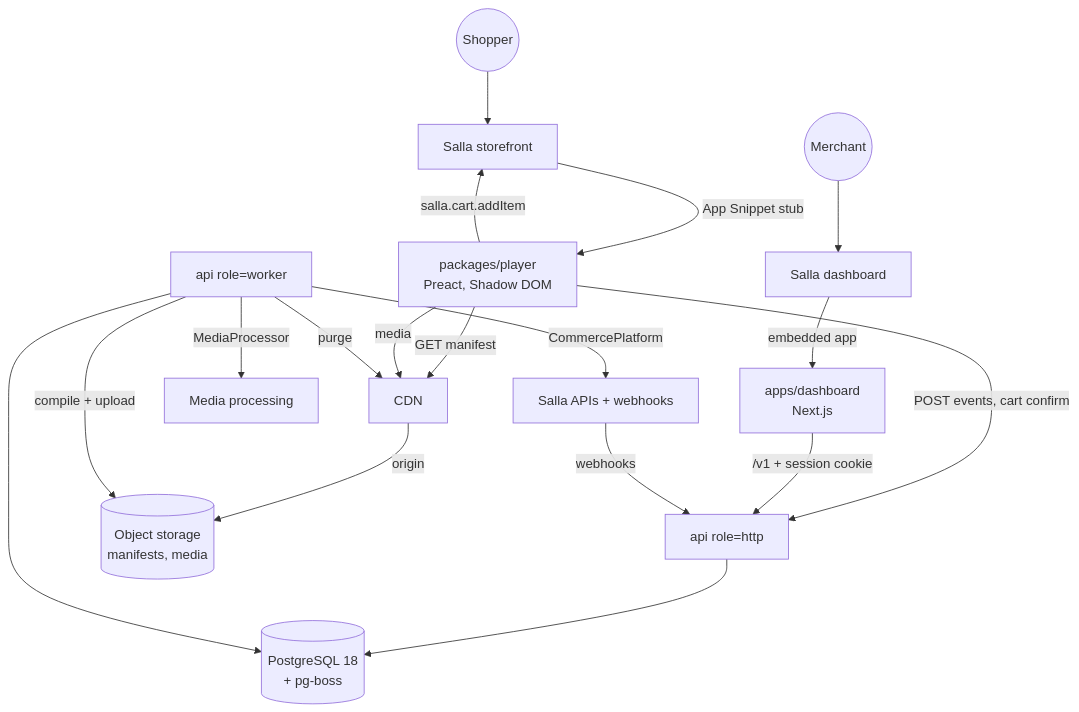
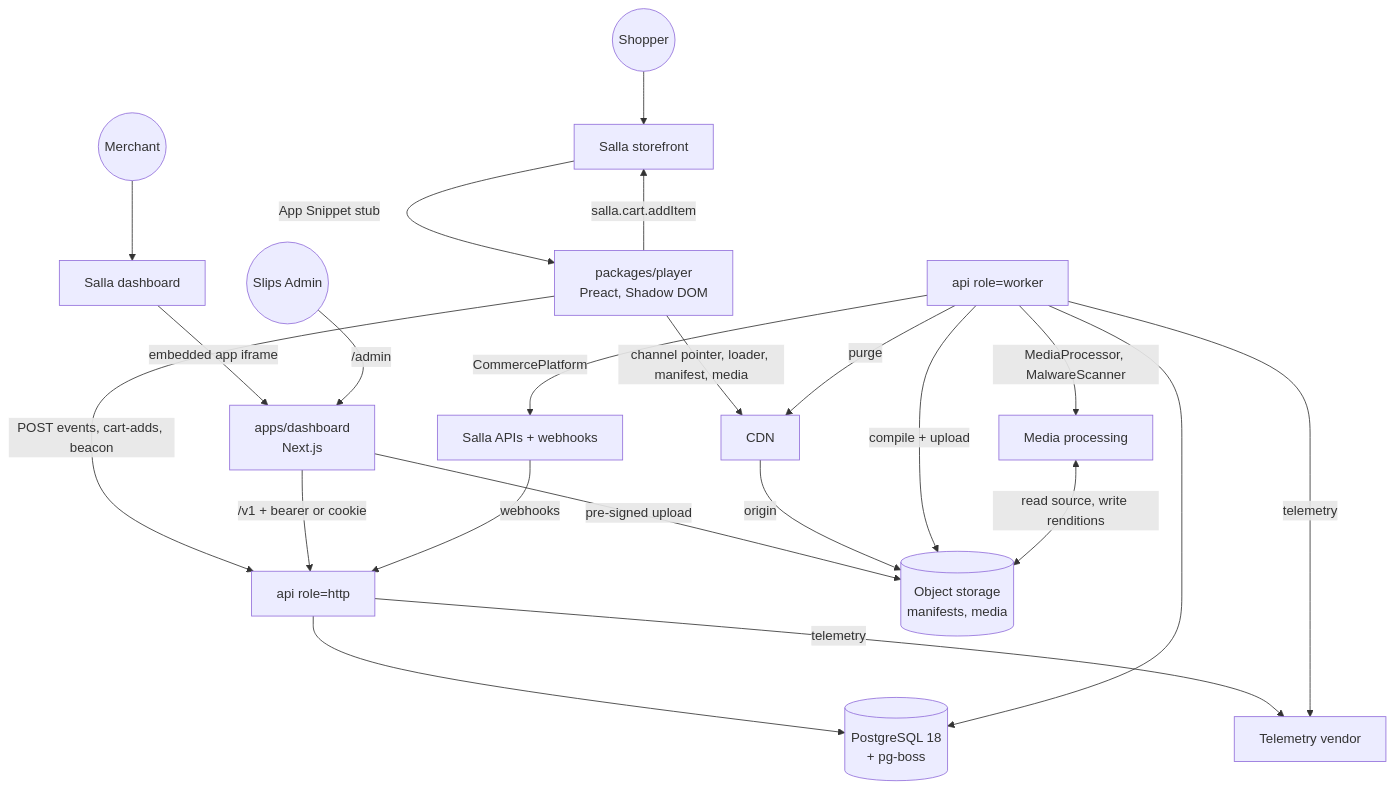
The second of 4 diagrams in _bmad-output/planning-artifacts/architecture/architecture-splice-2026-10-10/ARCHITECTURE-SPINE.md (alibad98/splice), drawn with Mermaid before and after one commit. The commit also changed other lines of this file and 3 other files, not shown here.

First line of the commit message:
Finalize architecture spine (AD-1 to AD-23) and align PRD v0.4

````diff
--- a/_bmad-output/planning-artifacts/architecture/architecture-splice-2026-10-10/ARCHITECTURE-SPINE.md
+++ b/_bmad-output/planning-artifacts/architecture/architecture-splice-2026-10-10/ARCHITECTURE-SPINE.md
@@ -256,20 +362,24 @@
 ```mermaid
 flowchart TB
   merchant((Merchant)) --> sallaDash[Salla dashboard]
-  sallaDash -->|embedded app| dash[apps/dashboard<br/>Next.js]
+  sallaDash -->|embedded app iframe| dash[apps/dashboard<br/>Next.js]
+  staff((Slips Admin)) -->|/admin| dash
   shopper((Shopper)) --> store[Salla storefront]
   store -->|App Snippet stub| player[packages/player<br/>Preact, Shadow DOM]
-  player -->|GET manifest| cdn[CDN]
-  player -->|media| cdn
-  player -->|POST events, cart confirm| http[api role=http]
+  player -->|channel pointer, loader, manifest, media| cdn[CDN]
+  player -->|POST events, cart-adds, beacon| http[api role=http]
   player -->|salla.cart.addItem| store
-  dash -->|/v1 + session cookie| http
+  dash -->|/v1 + bearer or cookie| http
+  dash -->|pre-signed upload| objstore
   cdn -->|origin| objstore[(Object storage<br/>manifests, media)]
   http --> pg[(PostgreSQL 18<br/>+ pg-boss)]
   worker[api role=worker] --> pg
   worker -->|compile + upload| objstore
   worker -->|purge| cdn
-  worker -->|MediaProcessor| media[Media processing]
+  worker -->|MediaProcessor, MalwareScanner| media[Media processing]
+  media <-->|read source, write renditions| objstore
   salla[Salla APIs + webhooks] -->|webhooks| http
   worker -->|CommercePlatform| salla
+  http -->|telemetry| obs[Telemetry vendor]
+  worker -->|telemetry| obs
 ```
````
